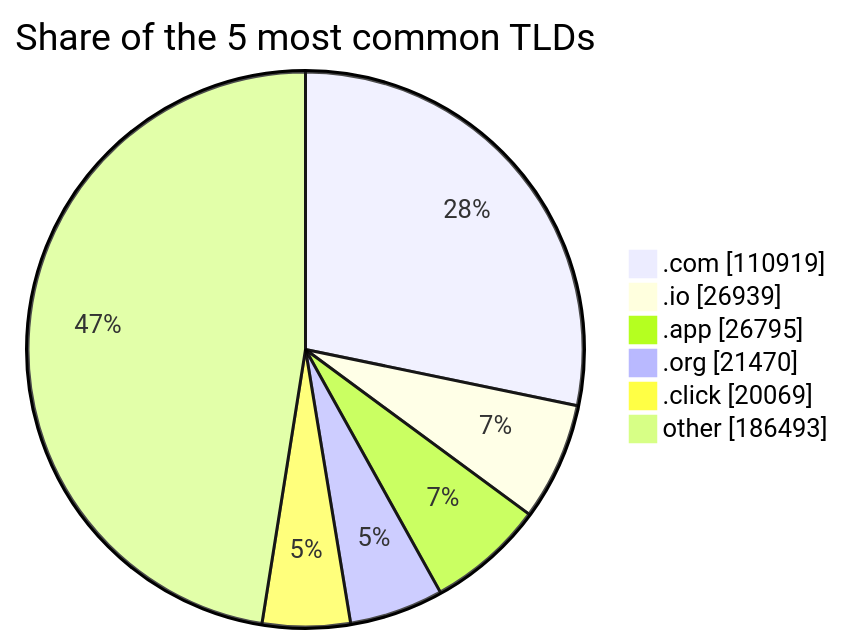
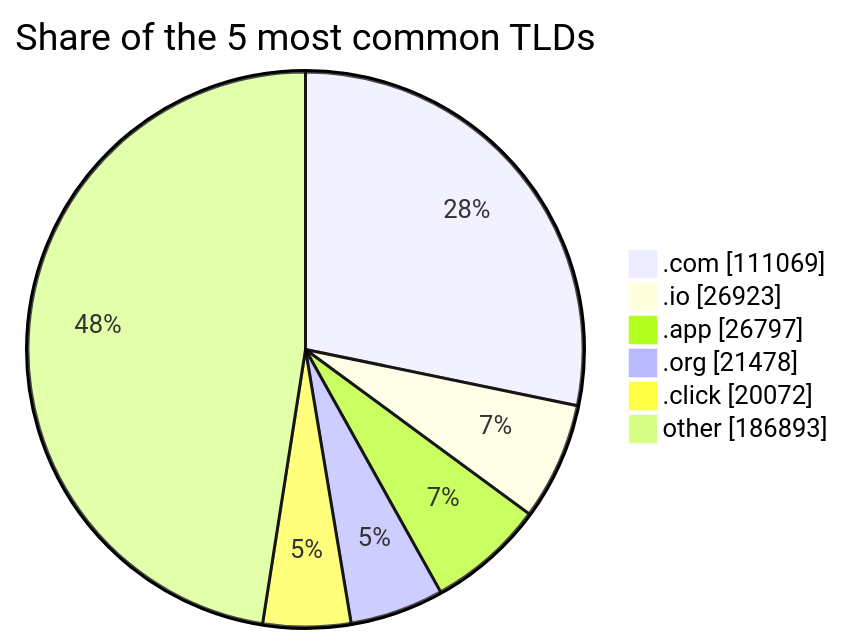
Before and after one commit to DNSBunker/CTI: the third of 3 diagrams in README.md, drawn with Mermaid. The commit also changed other lines of this file and 3 other files, not shown here.

````diff
--- a/README.md
+++ b/README.md
@@ -81,9 +81,9 @@
 ```mermaid
 pie showData title Share of the 5 most common TLDs
-    ".com" : 110919
-    ".io" : 26939
-    ".app" : 26795
-    ".org" : 21470
-    ".click" : 20069
-    "other" : 186493
+    ".com" : 111069
+    ".io" : 26923
+    ".app" : 26797
+    ".org" : 21478
+    ".click" : 20072
+    "other" : 186893
 ```
````
